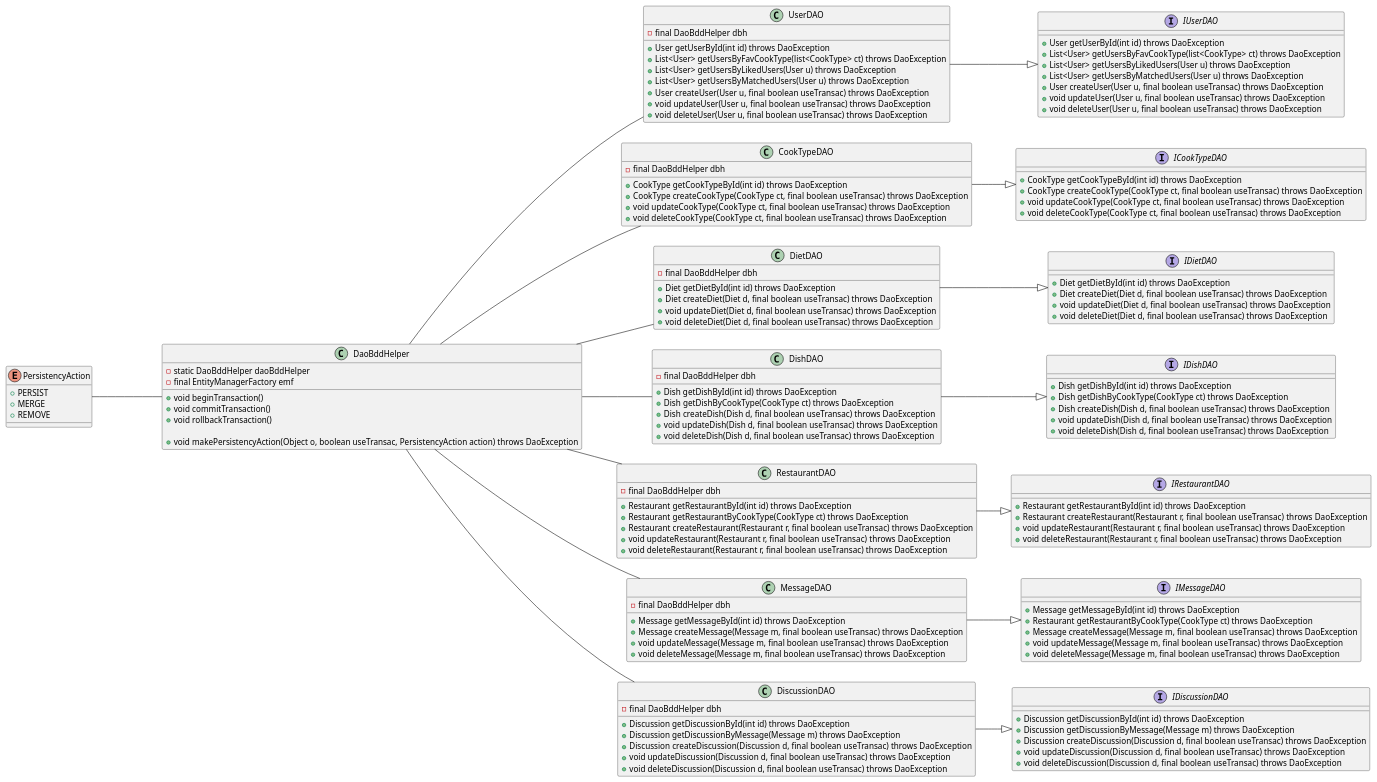
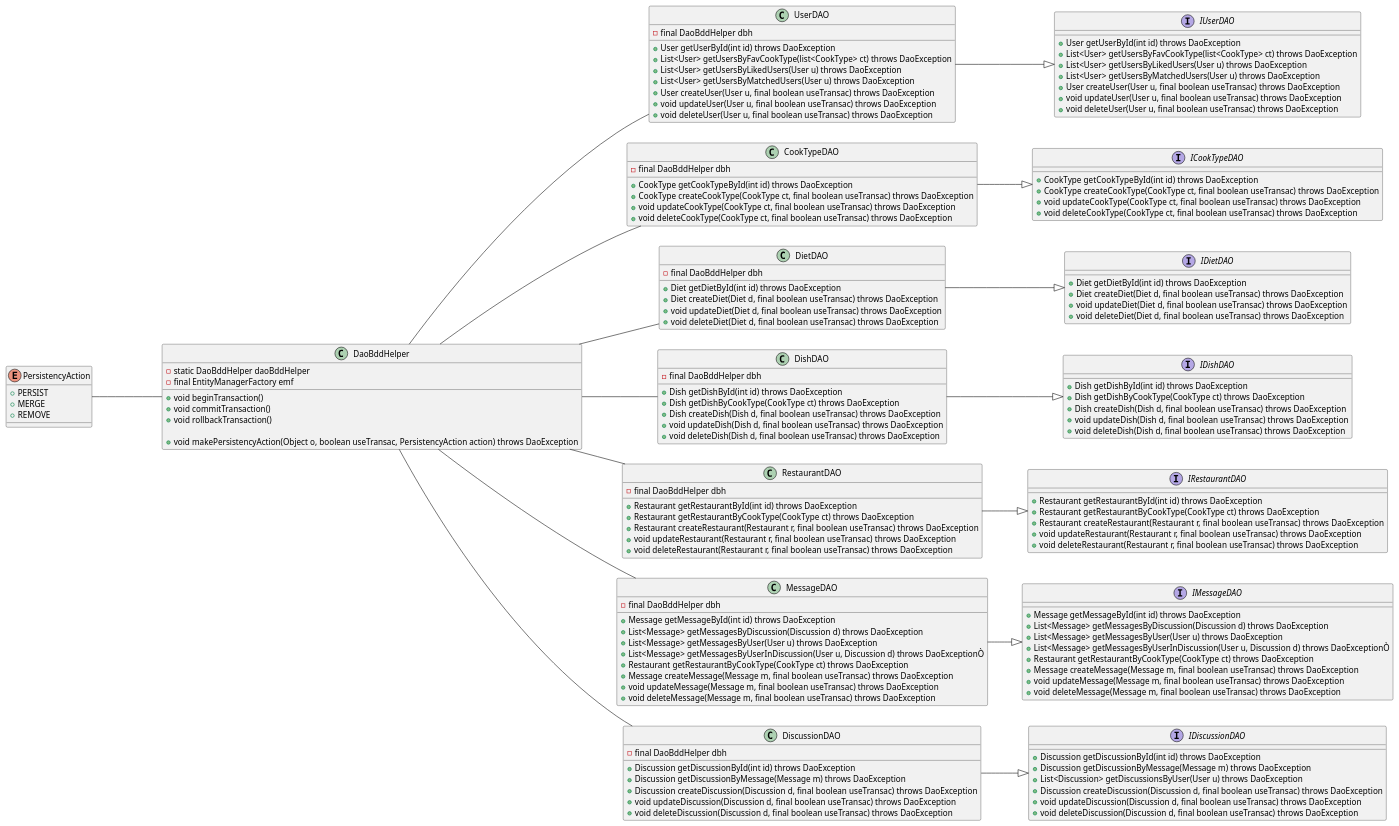
One commit to UPPA-s-University-Projects/M1_SIGLIS-MeetBallsUML changed the diagram in class/dao.puml. Above: the diagram before and after it, drawn with PlantUML.

Commit message:
Update DAO functions to add more

```diff
--- a/class/dao.puml
+++ b/class/dao.puml
@@ -1,178 +1,187 @@
 @startuml
 
 left to right direction
 
 Class "DaoBddHelper" as daoBddHelper{
     - static DaoBddHelper daoBddHelper
     - final EntityManagerFactory emf
 
     + void beginTransaction()
     + void commitTransaction()
     + void rollbackTransaction()
 
     + void makePersistencyAction(Object o, boolean useTransac, PersistencyAction action) throws DaoException
 }
 
 Enum "PersistencyAction" as persistencyAction{
     + PERSIST
     + MERGE
     + REMOVE
 }
 
 Interface "IUserDAO" as iPersonDAO{
     + User getUserById(int id) throws DaoException
     + List<User> getUsersByFavCookType(list<CookType> ct) throws DaoException
     + List<User> getUsersByLikedUsers(User u) throws DaoException
     + List<User> getUsersByMatchedUsers(User u) throws DaoException
     + User createUser(User u, final boolean useTransac) throws DaoException
     + void updateUser(User u, final boolean useTransac) throws DaoException
     + void deleteUser(User u, final boolean useTransac) throws DaoException
 }
 
 Class "UserDAO" as personDAO{
 
     - final DaoBddHelper dbh
 
     + User getUserById(int id) throws DaoException
     + List<User> getUsersByFavCookType(list<CookType> ct) throws DaoException
     + List<User> getUsersByLikedUsers(User u) throws DaoException
     + List<User> getUsersByMatchedUsers(User u) throws DaoException
     + User createUser(User u, final boolean useTransac) throws DaoException
     + void updateUser(User u, final boolean useTransac) throws DaoException
     + void deleteUser(User u, final boolean useTransac) throws DaoException
 }
 
 Interface "ICookTypeDAO" as iCookTypeDAO{
     + CookType getCookTypeById(int id) throws DaoException
     + CookType createCookType(CookType ct, final boolean useTransac) throws DaoException
     + void updateCookType(CookType ct, final boolean useTransac) throws DaoException
     + void deleteCookType(CookType ct, final boolean useTransac) throws DaoException
 }
 
 Class "CookTypeDAO" as cookTypeDAO{
 
     - final DaoBddHelper dbh
 
     + CookType getCookTypeById(int id) throws DaoException
     + CookType createCookType(CookType ct, final boolean useTransac) throws DaoException
     + void updateCookType(CookType ct, final boolean useTransac) throws DaoException
     + void deleteCookType(CookType ct, final boolean useTransac) throws DaoException
 }
 
 Interface "IDietDAO" as iDietDAO{
     + Diet getDietById(int id) throws DaoException
     + Diet createDiet(Diet d, final boolean useTransac) throws DaoException
     + void updateDiet(Diet d, final boolean useTransac) throws DaoException
     + void deleteDiet(Diet d, final boolean useTransac) throws DaoException
 }
 
 Class "DietDAO" as dietDAO{
 
     - final DaoBddHelper dbh
 
     + Diet getDietById(int id) throws DaoException
     + Diet createDiet(Diet d, final boolean useTransac) throws DaoException
     + void updateDiet(Diet d, final boolean useTransac) throws DaoException
     + void deleteDiet(Diet d, final boolean useTransac) throws DaoException
 }
 
 Interface "IDishDAO" as iDishDAO{
     + Dish getDishById(int id) throws DaoException
     + Dish getDishByCookType(CookType ct) throws DaoException
     + Dish createDish(Dish d, final boolean useTransac) throws DaoException
     + void updateDish(Dish d, final boolean useTransac) throws DaoException
     + void deleteDish(Dish d, final boolean useTransac) throws DaoException
 }
 
 Class "DishDAO" as dishDAO{
 
     - final DaoBddHelper dbh
 
     + Dish getDishById(int id) throws DaoException
     + Dish getDishByCookType(CookType ct) throws DaoException
     + Dish createDish(Dish d, final boolean useTransac) throws DaoException
     + void updateDish(Dish d, final boolean useTransac) throws DaoException
     + void deleteDish(Dish d, final boolean useTransac) throws DaoException
 }
 
 Interface "IRestaurantDAO" as iRestaurantDAO{
     + Restaurant getRestaurantById(int id) throws DaoException
+    + Restaurant getRestaurantByCookType(CookType ct) throws DaoException
     + Restaurant createRestaurant(Restaurant r, final boolean useTransac) throws DaoException
     + void updateRestaurant(Restaurant r, final boolean useTransac) throws DaoException
     + void deleteRestaurant(Restaurant r, final boolean useTransac) throws DaoException
 }
 
 Class "RestaurantDAO" as restaurantDAO{
     - final DaoBddHelper dbh
 
     + Restaurant getRestaurantById(int id) throws DaoException
     + Restaurant getRestaurantByCookType(CookType ct) throws DaoException
     + Restaurant createRestaurant(Restaurant r, final boolean useTransac) throws DaoException
     + void updateRestaurant(Restaurant r, final boolean useTransac) throws DaoException
     + void deleteRestaurant(Restaurant r, final boolean useTransac) throws DaoException
 }
 
 
 Interface "IMessageDAO" as iMessageDAO{
     + Message getMessageById(int id) throws DaoException
+    + List<Message> getMessagesByDiscussion(Discussion d) throws DaoException
+    + List<Message> getMessagesByUser(User u) throws DaoException
+    + List<Message> getMessagesByUserInDiscussion(User u, Discussion d) throws DaoExceptionÒ
     + Restaurant getRestaurantByCookType(CookType ct) throws DaoException
     + Message createMessage(Message m, final boolean useTransac) throws DaoException
     + void updateMessage(Message m, final boolean useTransac) throws DaoException
     + void deleteMessage(Message m, final boolean useTransac) throws DaoException
 }
 
 Class "MessageDAO" as messagingDAO{
     - final DaoBddHelper dbh
 
     + Message getMessageById(int id) throws DaoException
+    + List<Message> getMessagesByDiscussion(Discussion d) throws DaoException
+    + List<Message> getMessagesByUser(User u) throws DaoException
+    + List<Message> getMessagesByUserInDiscussion(User u, Discussion d) throws DaoExceptionÒ
+    + Restaurant getRestaurantByCookType(CookType ct) throws DaoException
     + Message createMessage(Message m, final boolean useTransac) throws DaoException
     + void updateMessage(Message m, final boolean useTransac) throws DaoException
     + void deleteMessage(Message m, final boolean useTransac) throws DaoException
 }
 
 
 
 Interface "IDiscussionDAO" as iDiscussionDAO{
     + Discussion getDiscussionById(int id) throws DaoException
     + Discussion getDiscussionByMessage(Message m) throws DaoException
+    + List<Discussion> getDiscussionsByUser(User u) throws DaoException
     + Discussion createDiscussion(Discussion d, final boolean useTransac) throws DaoException
     + void updateDiscussion(Discussion d, final boolean useTransac) throws DaoException
     + void deleteDiscussion(Discussion d, final boolean useTransac) throws DaoException
 }
 
 Class "DiscussionDAO" as discussDAO{
     - final DaoBddHelper dbh
 
     + Discussion getDiscussionById(int id) throws DaoException
     + Discussion getDiscussionByMessage(Message m) throws DaoException
     + Discussion createDiscussion(Discussion d, final boolean useTransac) throws DaoException
     + void updateDiscussion(Discussion d, final boolean useTransac) throws DaoException
     + void deleteDiscussion(Discussion d, final boolean useTransac) throws DaoException
 }
 
 persistencyAction --- daoBddHelper
 
 daoBddHelper -- personDAO
 daoBddHelper -- cookTypeDAO
 daoBddHelper -- dietDAO
 daoBddHelper -- dishDAO
 daoBddHelper -- restaurantDAO
 daoBddHelper -- messagingDAO
 daoBddHelper -- discussDAO
 
 personDAO --|> iPersonDAO
 cookTypeDAO --|>  iCookTypeDAO
 
 dietDAO --|>  iDietDAO
 
 dishDAO --|>  iDishDAO
 restaurantDAO  --|> iRestaurantDAO
 messagingDAO  --|> iMessageDAO
 discussDAO  --|> iDiscussionDAO
 
 
 
 
 
 
 @enduml
```
